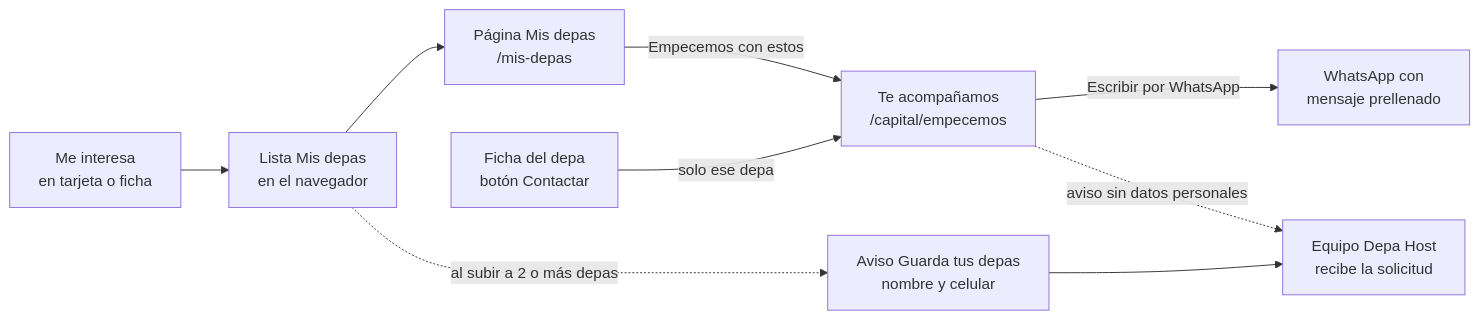
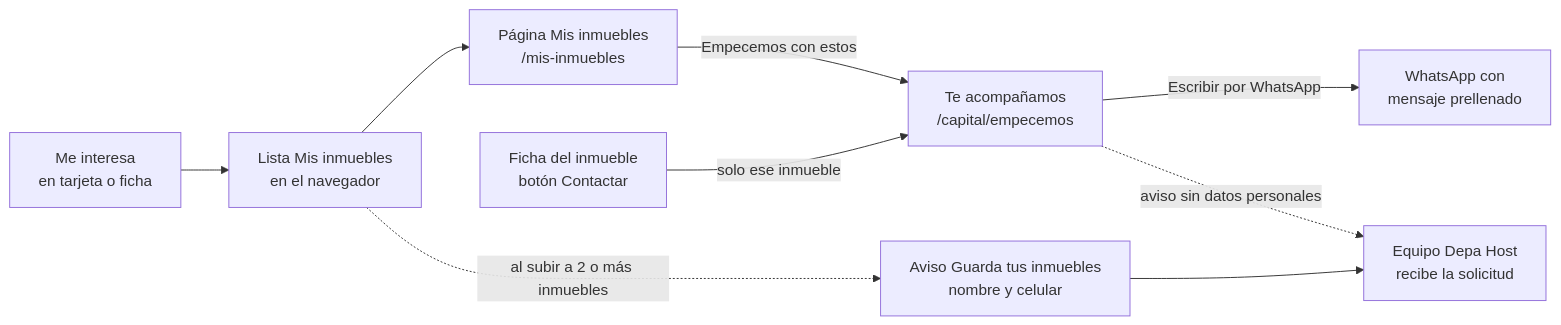
The eighth of 17 diagrams in docs/plataforma/09-manual-funcional.md (samirharrytl/DHC_landing), drawn with Mermaid before and after one commit. The commit also changed other lines of this file and 72 other files, not shown here.

First line of the commit message:
Fuente Poppins como depahostperu.com, "Mis depas" pasa a "Mis inmuebles" y cambios en API y panel

````diff
--- a/docs/plataforma/09-manual-funcional.md
+++ b/docs/plataforma/09-manual-funcional.md
@@ -1249,11 +1244,11 @@
 ```mermaid
 flowchart LR
-    boton["Me interesa<br/>en tarjeta o ficha"] --> lista["Lista Mis depas<br/>en el navegador"]
-    lista --> pagina["Página Mis depas<br/>/mis-depas"]
-    lista -.->|"al subir a 2 o más depas"| aviso["Aviso Guarda tus depas<br/>nombre y celular"]
+    boton["Me interesa<br/>en tarjeta o ficha"] --> lista["Lista Mis inmuebles<br/>en el navegador"]
+    lista --> pagina["Página Mis inmuebles<br/>/mis-inmuebles"]
+    lista -.->|"al subir a 2 o más inmuebles"| aviso["Aviso Guarda tus inmuebles<br/>nombre y celular"]
     aviso --> equipo["Equipo Depa Host<br/>recibe la solicitud"]
     pagina -->|"Empecemos con estos"| acompana["Te acompañamos<br/>/capital/empecemos"]
-    ficha["Ficha del depa<br/>botón Contactar"] -->|"solo ese depa"| acompana
+    ficha["Ficha del inmueble<br/>botón Contactar"] -->|"solo ese inmueble"| acompana
     acompana -->|"Escribir por WhatsApp"| wa["WhatsApp con<br/>mensaje prellenado"]
     acompana -.->|"aviso sin datos personales"| equipo
 ```
````
